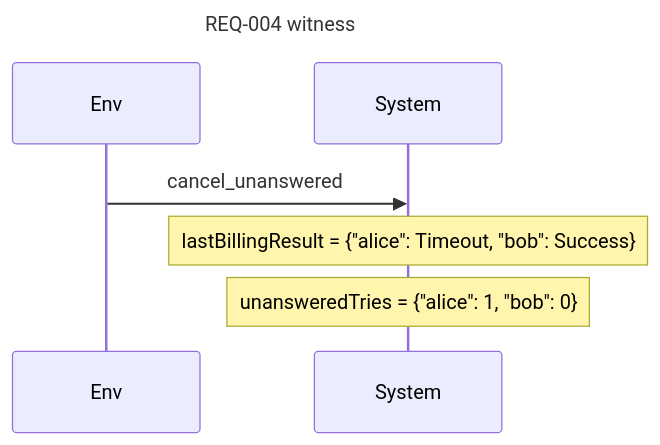
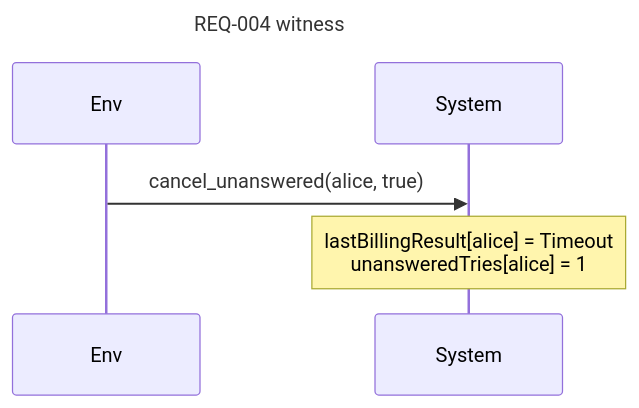
One commit to AlesKracik/quintessence changed the fourth of 10 diagrams in examples/specs/subscription.readback.md. Above: the diagram before and after it, drawn with Mermaid. The commit also changed other lines of this file and 17 other files, not shown here.

````diff
--- a/examples/specs/subscription.readback.md
+++ b/examples/specs/subscription.readback.md
@@ -210,9 +238,8 @@
 ```mermaid
 sequenceDiagram
     title REQ-004 witness
     participant E as Env
     participant S as System
-    E->>S: cancel_unanswered
-    Note over S: lastBillingResult = {"alice": Timeout, "bob": Success}
-    Note over S: unansweredTries = {"alice": 1, "bob": 0}
+    E->>S: cancel_unanswered(alice, true)
+    Note over S: lastBillingResult[alice] = Timeout<br/>unansweredTries[alice] = 1
 ```
````
